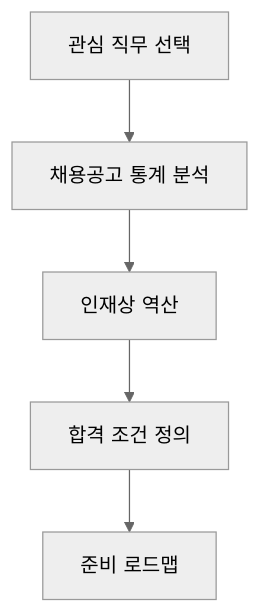
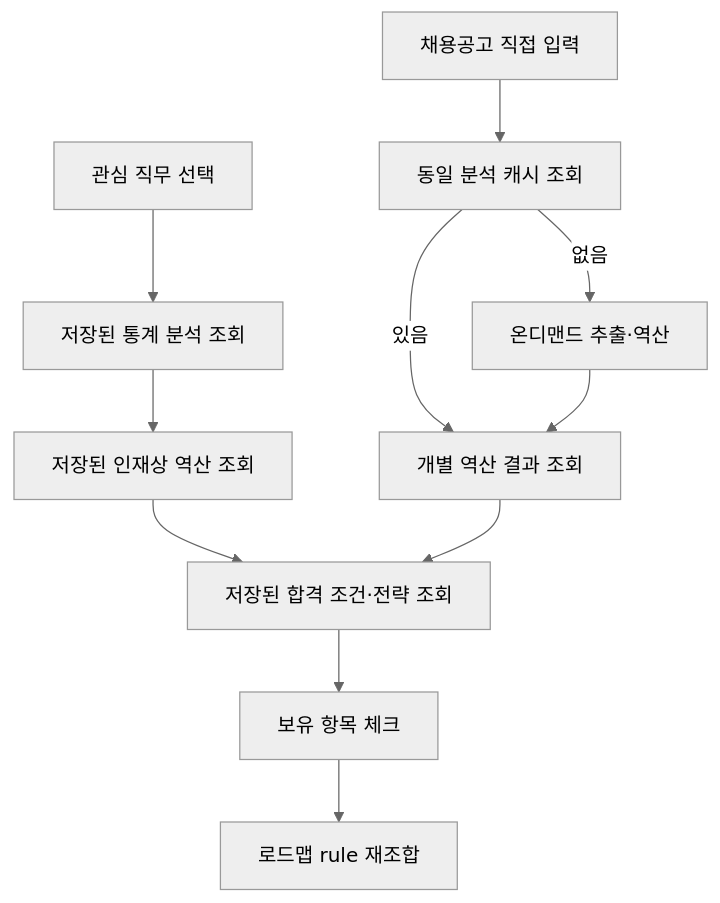
The diagram in docs/plan.md (Mureung1/hub-showcase), drawn with Mermaid (neutral theme) before and after one commit. The commit also changed other lines of this file and 4 other files, not shown here.

````diff
--- a/docs/plan.md
+++ b/docs/plan.md
@@ -171,7 +172,13 @@
 ```mermaid
 flowchart TD
-    A[관심 직무 선택] --> B[채용공고 통계 분석]
-    B --> C[인재상 역산]
-    C --> D[합격 조건 정의]
-    D --> E[준비 로드맵]
+    A["관심 직무 선택"] --> B["저장된 통계 분석 조회"]
+    B --> C["저장된 인재상 역산 조회"]
+    C --> D["저장된 합격 조건·전략 조회"]
+    D --> E["보유 항목 체크"]
+    E --> F["로드맵 rule 재조합"]
+    X["채용공고 직접 입력"] --> Y["동일 분석 캐시 조회"]
+    Y -->|있음| Z["개별 역산 결과 조회"]
+    Y -->|없음| O["온디맨드 추출·역산"]
+    O --> Z
+    Z --> D
 ```
````
